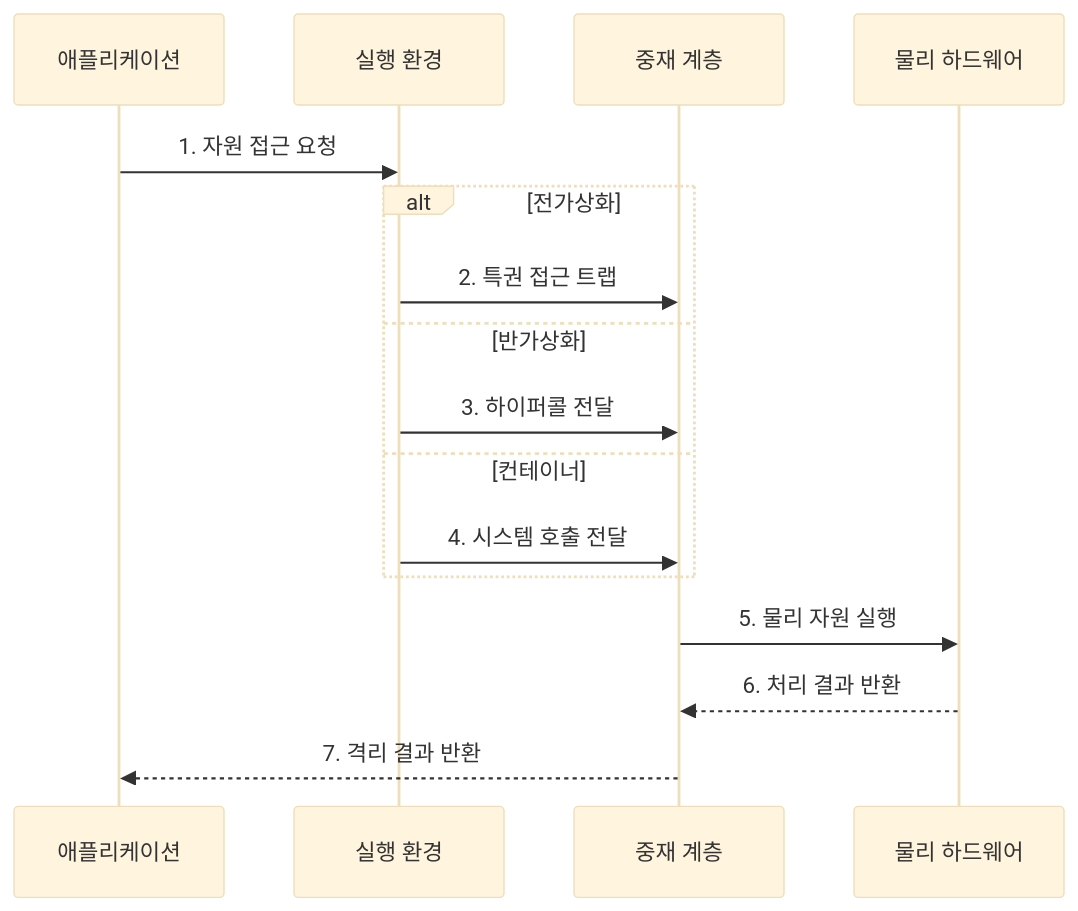
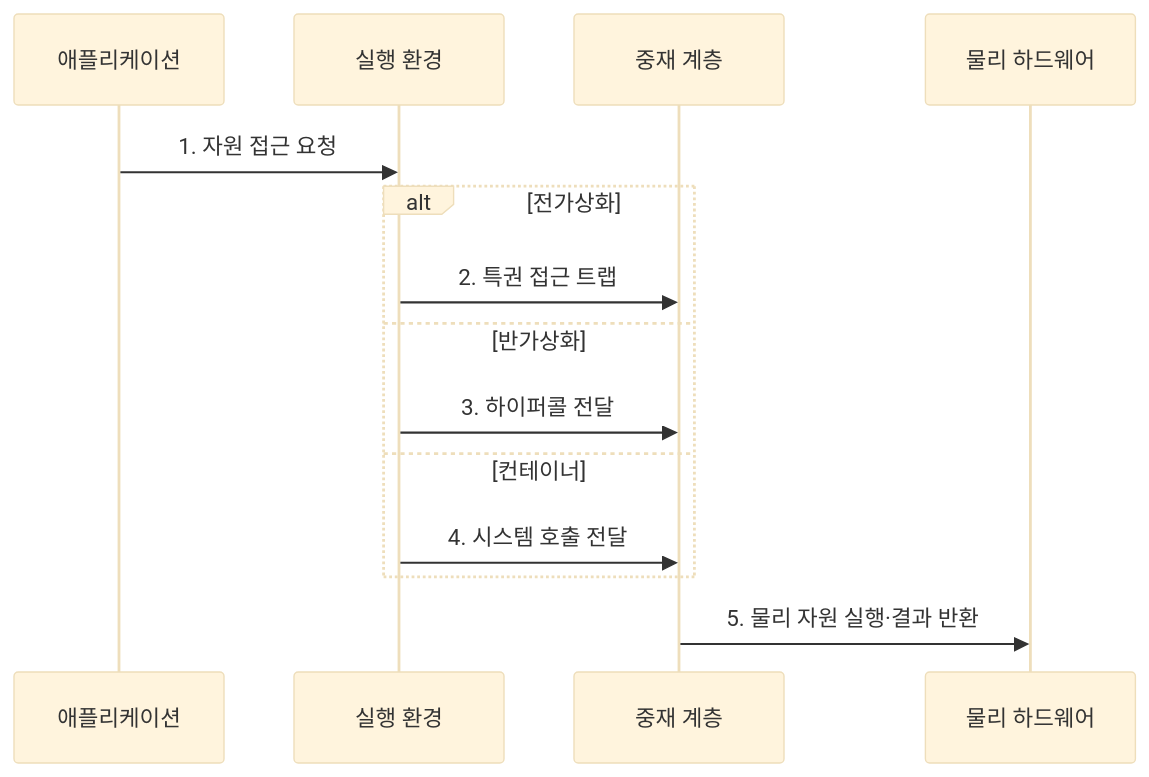
One commit to agnusdei1207/knowledge-base changed the second of 2 diagrams in src/content/docs/notes/03-software/019_full_para_container_virtualization.md. Above: the diagram before and after it, drawn with Mermaid (base theme). The commit also changed other lines of this file and 238 other files, not shown here.

````diff
--- a/src/content/docs/notes/03-software/019_full_para_container_virtualization.md
+++ b/src/content/docs/notes/03-software/019_full_para_container_virtualization.md
@@ -89,18 +89,16 @@
 ```mermaid
 sequenceDiagram
     participant A as 애플리케이션
     participant E as 실행 환경
     participant R as 중재 계층
     participant H as 물리 하드웨어
     A->>E: 1. 자원 접근 요청
     alt 전가상화
         E->>R: 2. 특권 접근 트랩
     else 반가상화
         E->>R: 3. 하이퍼콜 전달
     else 컨테이너
         E->>R: 4. 시스템 호출 전달
     end
-    R->>H: 5. 물리 자원 실행
-    H-->>R: 6. 처리 결과 반환
-    R-->>A: 7. 격리 결과 반환
+    R->>H: 5. 물리 자원 실행·결과 반환
 ```
````
